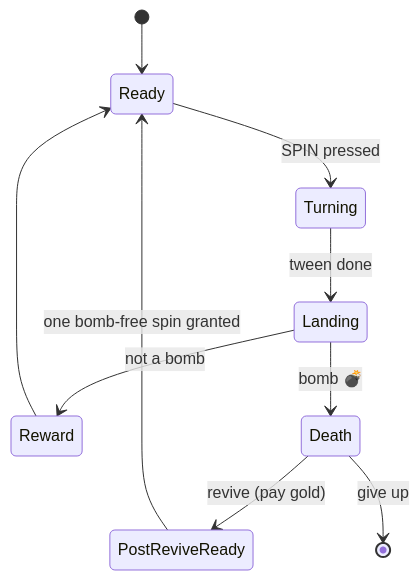
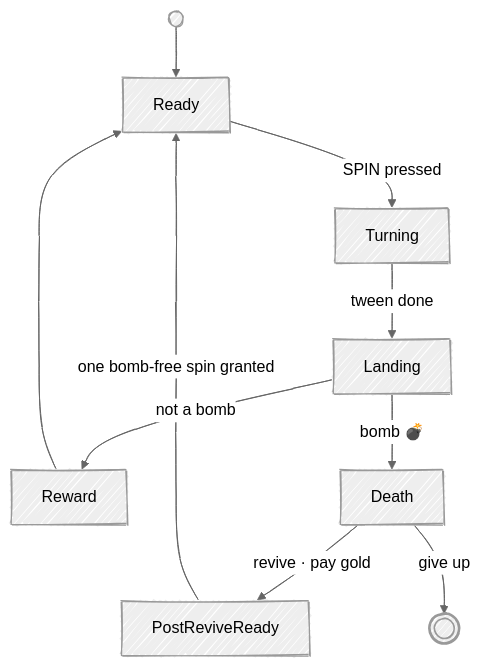
One commit to simayotlaca/vertigo-wheel-of-fortune changed the diagram in README.md. Above: the diagram before and after it, drawn with Mermaid. The commit also changed other lines of this file, not shown here.

Commit message:
Tighten Tech section and switch state diagram to hand-drawn hierarchy

````diff
--- a/README.md
+++ b/README.md
@@ -62,12 +62,17 @@
 ```mermaid
-stateDiagram-v2
-    [*] --> Ready
-    Ready --> Turning: SPIN pressed
-    Turning --> Landing: tween done
-    Landing --> Reward: not a bomb
-    Landing --> Death: bomb 💣
+---
+config:
+  look: handDrawn
+  theme: neutral
+---
+flowchart TD
+    Start(( )) --> Ready
+    Ready -->|SPIN pressed| Turning
+    Turning -->|tween done| Landing
+    Landing -->|not a bomb| Reward
+    Landing -->|bomb 💣| Death
     Reward --> Ready
-    Death --> PostReviveReady: revive (pay gold)
-    Death --> [*]: give up
-    PostReviveReady --> Ready: one bomb-free spin granted
+    Death -->|revive · pay gold| PostReviveReady
+    Death -->|give up| End((( )))
+    PostReviveReady -->|one bomb-free spin granted| Ready
 ```
````
